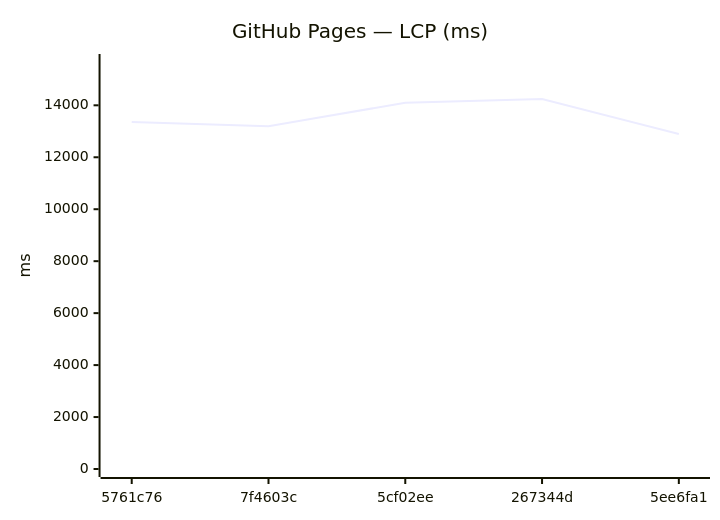
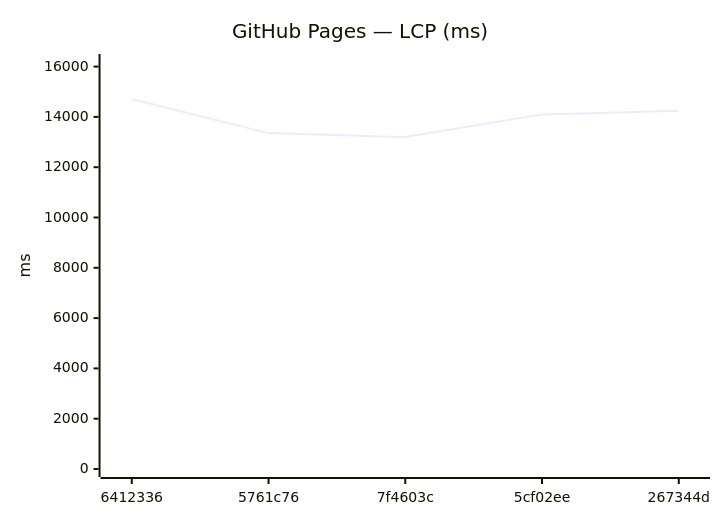
The ninth of 18 diagrams in benchmarks/compare.md (Metaheurist/Rianell), drawn with Mermaid before and after one commit. The commit also changed other lines of this file and 11 other files, not shown here.

````diff
--- a/benchmarks/compare.md
+++ b/benchmarks/compare.md
@@ -142,7 +142,7 @@
 ```mermaid
 xychart-beta
     title "GitHub Pages — LCP (ms)"
-    x-axis ["5761c76", "7f4603c", "5cf02ee", "267344d", "5ee6fa1"]
-    y-axis "ms" 0 --> 15667
-    line [13355, 13197, 14098, 14242, 12895]
+    x-axis ["6412336", "5761c76", "7f4603c", "5cf02ee", "267344d"]
+    y-axis "ms" 0 --> 16183
+    line [14711, 13355, 13197, 14098, 14242]
 ```
````
